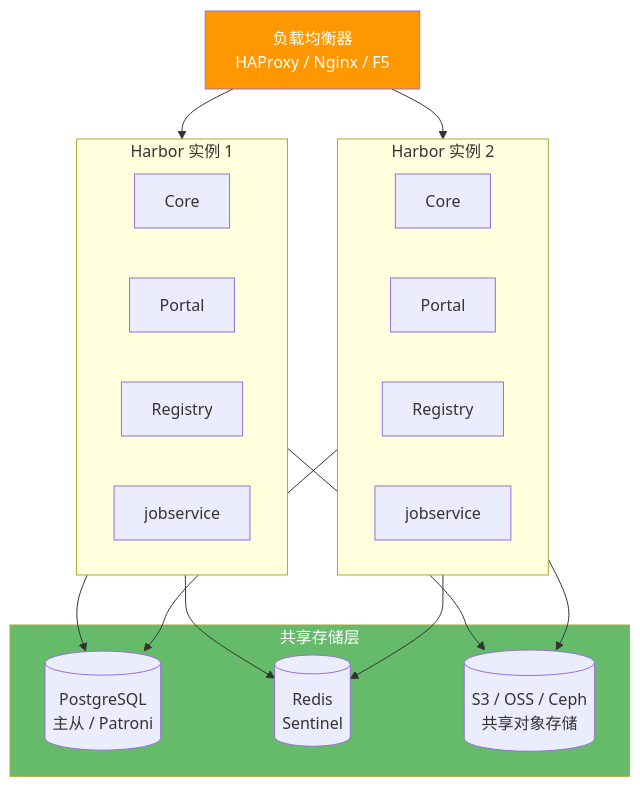
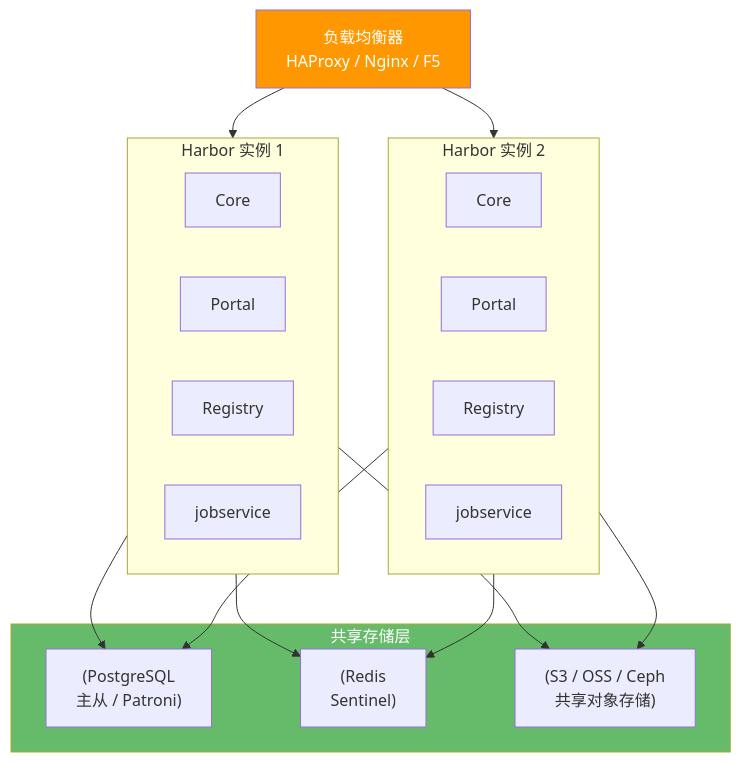
Before and after one commit to moklgydocs/moklgydocs.github.io: diagram 15 of 51 in src/运维与部署/Docker_K8s/09_面试题精选/01_DockerK8s面试题精选.md, drawn with Mermaid. The commit also changed other lines of this file and 178 other files, not shown here.

First line of the commit message:
fix: 修复 mermaid 图表语法错误 - 为含 <br/> 的标签添加引号、修复未闭合引号

````diff
--- a/src/运维与部署/Docker_K8s/09_面试题精选/01_DockerK8s面试题精选.md
+++ b/src/运维与部署/Docker_K8s/09_面试题精选/01_DockerK8s面试题精选.md
@@ -1072,37 +1072,37 @@
 ```mermaid
 flowchart TB
-    LB[负载均衡器<br/>HAProxy / Nginx / F5]
+    LB["负载均衡器<br/>HAProxy / Nginx / F5"]
 
     subgraph Harbor1["Harbor 实例 1"]
         H1_CORE[Core]
         H1_PORTAL[Portal]
         H1_REGISTRY[Registry]
         H1_JOB[jobservice]
     end
 
     subgraph Harbor2["Harbor 实例 2"]
         H2_CORE[Core]
         H2_PORTAL[Portal]
         H2_REGISTRY[Registry]
         H2_JOB[jobservice]
     end
 
     LB --> Harbor1
     LB --> Harbor2
 
     subgraph Shared["共享存储层"]
-        PG[(PostgreSQL<br/>主从 / Patroni)]
-        REDIS[(Redis<br/>Sentinel)]
-        S3[(S3 / OSS / Ceph<br/>共享对象存储)]
+        PG["(PostgreSQL<br/>主从 / Patroni)"]
+        REDIS["(Redis<br/>Sentinel)"]
+        S3["(S3 / OSS / Ceph<br/>共享对象存储)"]
     end
 
     Harbor1 --> PG
     Harbor2 --> PG
     Harbor1 --> REDIS
     Harbor2 --> REDIS
     Harbor1 --> S3
     Harbor2 --> S3
 
     style LB fill:#FF9800,color:#fff
     style Shared fill:#66BB6A,color:#fff
 ```
````
